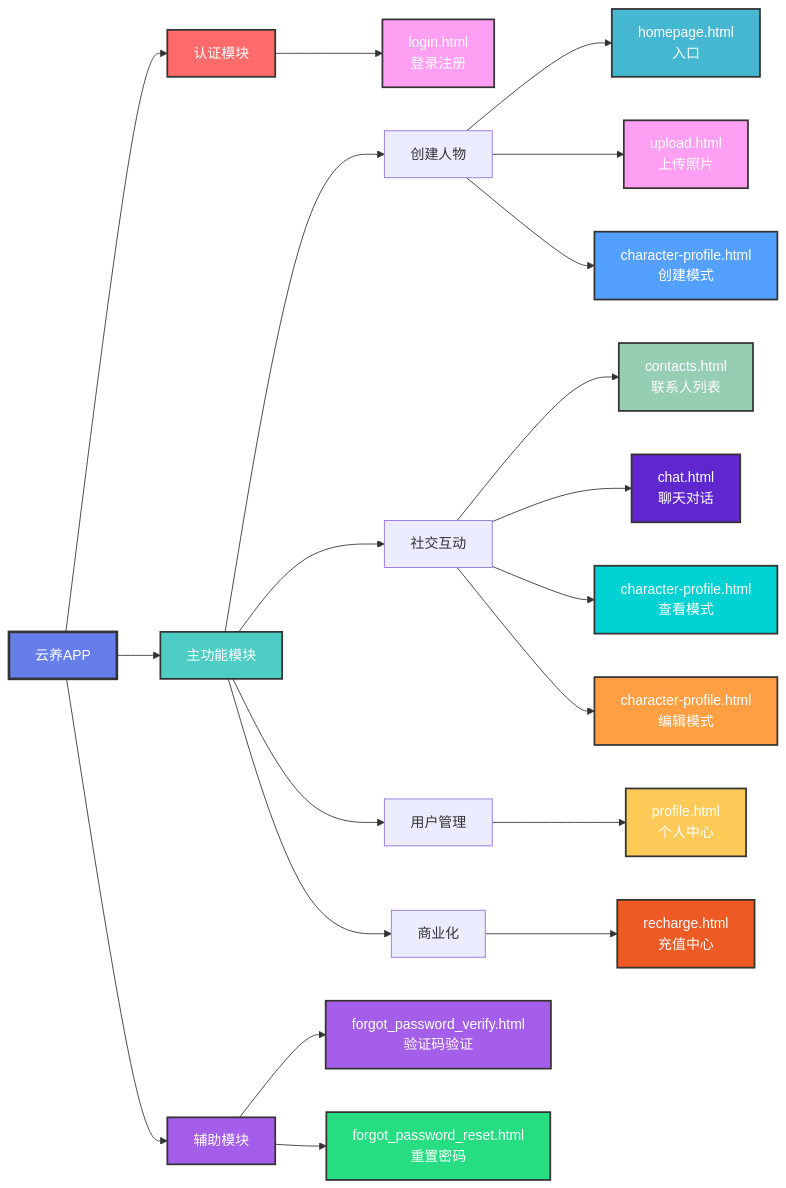
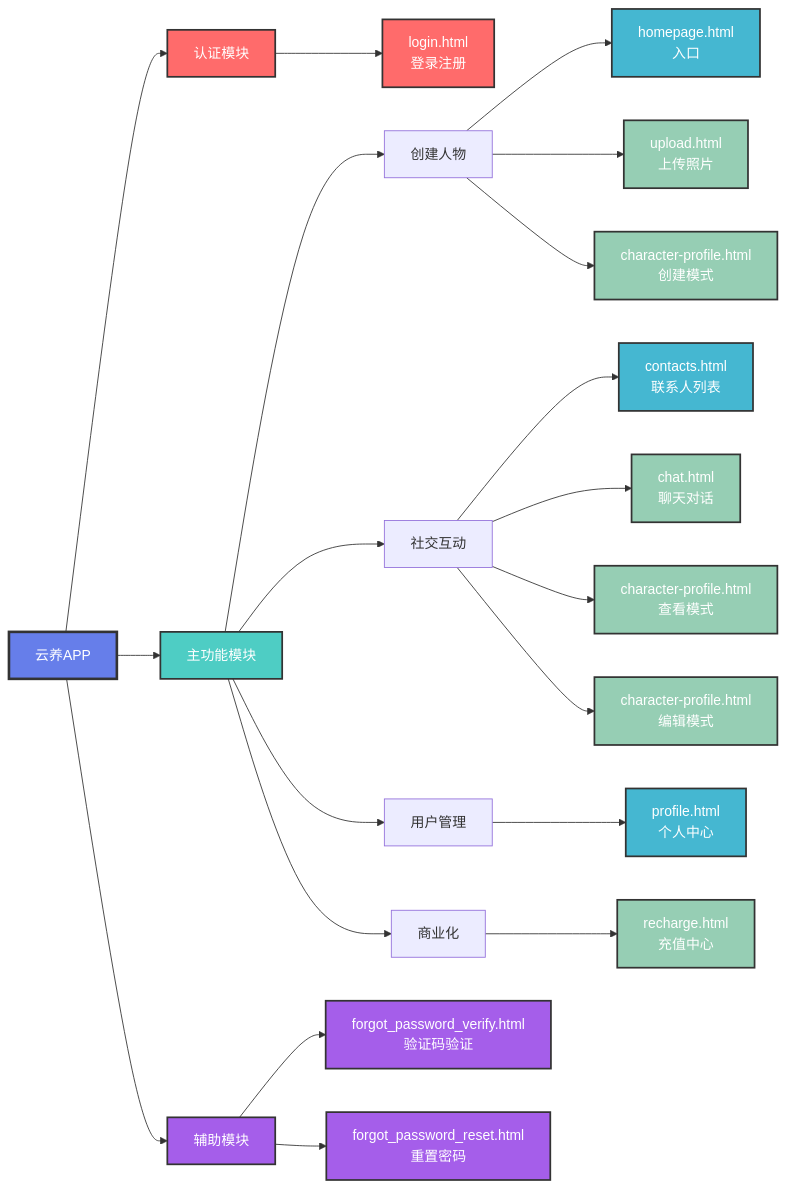
The second of 2 diagrams in 页面层级图.md (Cynthiafu9508/Yunyang), drawn with Mermaid before and after one commit. The commit also changed other lines of this file, not shown here.

Commit message:
fix: 统一同一层级页面颜色
颜色方案调整：
- Level 0 (认证层): 红色系 - login.html, forgot_password_*.html
- Level 1 (主导航层): 蓝色系 - homepage.html, contacts.html, profile.html
- Level 2 (功能层): 绿色系 - upload.html, character-profile.html, chat.html, recharge.html
- Level 3 (辅助层): 紫色系 - forgot_password_*.html

效果：
- 同一层级页面颜色统一
- 层级关系更清晰
- 视觉层次更分明

````diff
--- a/页面层级图.md
+++ b/页面层级图.md
@@ -59,46 +59,46 @@
 ```mermaid
 graph LR
     Root[云养APP] --> Auth[认证模块]
     Root --> Main[主功能模块]
     Root --> Assist[辅助模块]
     
     Auth --> A1[login.html<br/>登录注册]
     
     Main --> M1[创建人物]
     Main --> M2[社交互动]
     Main --> M3[用户管理]
     Main --> M4[商业化]
     
     M1 --> M1A[homepage.html<br/>入口]
     M1 --> M1B[upload.html<br/>上传照片]
     M1 --> M1C[character-profile.html<br/>创建模式]
     
     M2 --> M2A[contacts.html<br/>联系人列表]
     M2 --> M2B[chat.html<br/>聊天对话]
     M2 --> M2C[character-profile.html<br/>查看模式]
     M2 --> M2D[character-profile.html<br/>编辑模式]
     
     M3 --> M3A[profile.html<br/>个人中心]
     
     M4 --> M4A[recharge.html<br/>充值中心]
     
     Assist --> AS1[forgot_password_verify.html<br/>验证码验证]
     Assist --> AS2[forgot_password_reset.html<br/>重置密码]
     
     style Root fill:#667eea,stroke:#333,stroke-width:3px,color:#fff
     style Auth fill:#ff6b6b,stroke:#333,stroke-width:2px,color:#fff
     style Main fill:#4ecdc4,stroke:#333,stroke-width:2px,color:#fff
     style Assist fill:#a55eea,stroke:#333,stroke-width:2px,color:#fff
-    style A1 fill:#ff9ff3,stroke:#333,stroke-width:2px,color:#fff
+    style A1 fill:#ff6b6b,stroke:#333,stroke-width:2px,color:#fff
     style M1A fill:#45b7d1,stroke:#333,stroke-width:2px,color:#fff
-    style M1B fill:#ff9ff3,stroke:#333,stroke-width:2px,color:#fff
-    style M1C fill:#54a0ff,stroke:#333,stroke-width:2px,color:#fff
-    style M2A fill:#96ceb4,stroke:#333,stroke-width:2px,color:#fff
-    style M2B fill:#5f27cd,stroke:#333,stroke-width:2px,color:#fff
-    style M2C fill:#00d2d3,stroke:#333,stroke-width:2px,color:#fff
-    style M2D fill:#ff9f43,stroke:#333,stroke-width:2px,color:#fff
-    style M3A fill:#feca57,stroke:#333,stroke-width:2px,color:#fff
-    style M4A fill:#ee5a24,stroke:#333,stroke-width:2px,color:#fff
+    style M1B fill:#96ceb4,stroke:#333,stroke-width:2px,color:#fff
+    style M1C fill:#96ceb4,stroke:#333,stroke-width:2px,color:#fff
+    style M2A fill:#45b7d1,stroke:#333,stroke-width:2px,color:#fff
+    style M2B fill:#96ceb4,stroke:#333,stroke-width:2px,color:#fff
+    style M2C fill:#96ceb4,stroke:#333,stroke-width:2px,color:#fff
+    style M2D fill:#96ceb4,stroke:#333,stroke-width:2px,color:#fff
+    style M3A fill:#45b7d1,stroke:#333,stroke-width:2px,color:#fff
+    style M4A fill:#96ceb4,stroke:#333,stroke-width:2px,color:#fff
     style AS1 fill:#a55eea,stroke:#333,stroke-width:2px,color:#fff
-    style AS2 fill:#26de81,stroke:#333,stroke-width:2px,color:#fff
+    style AS2 fill:#a55eea,stroke:#333,stroke-width:2px,color:#fff
 ```
````
